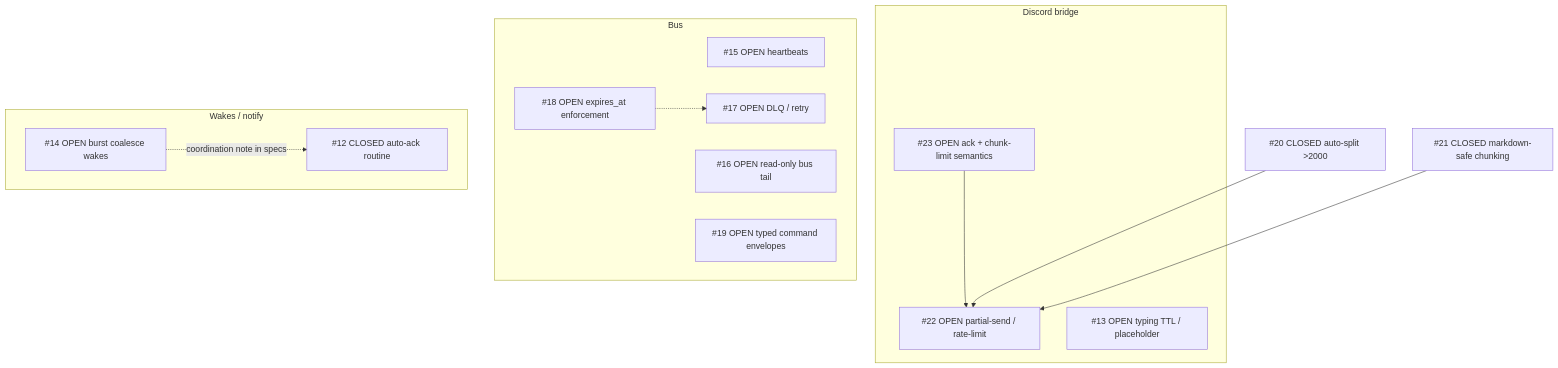
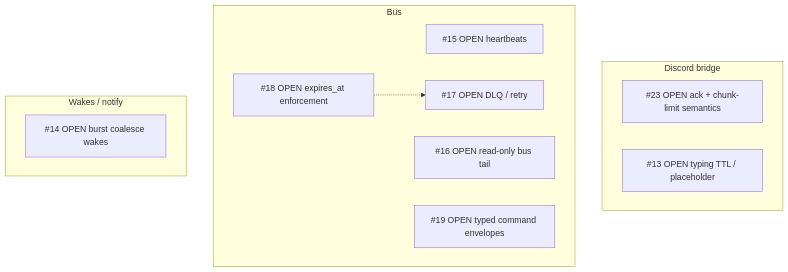
One commit to jeffrichley/agent_core changed the second of 2 diagrams in docs/requirements/pepper-cutover-agent-playbook.md. Above: the diagram before and after it, drawn with Mermaid. The commit also changed other lines of this file and 14 other files, not shown here.

First line of the commit message:
docs(cutover): strip multi-agent roster; rewrite playbook for solo flow

````diff
--- a/docs/requirements/pepper-cutover-agent-playbook.md
+++ b/docs/requirements/pepper-cutover-agent-playbook.md
@@ -209,26 +98,18 @@
 ```mermaid
 flowchart TB
   subgraph discord["Discord bridge"]
-    i22["#22 OPEN partial-send / rate-limit"]
     i23["#23 OPEN ack + chunk-limit semantics"]
     i13["#13 OPEN typing TTL / placeholder"]
   end
-  i23 --> i22
-  i20["#20 CLOSED auto-split >2000"]
-  i21["#21 CLOSED markdown-safe chunking"]
-  i20 --> i22
-  i21 --> i22
   subgraph bus["Bus"]
     i15["#15 OPEN heartbeats"]
     i16["#16 OPEN read-only bus tail"]
     i17["#17 OPEN DLQ / retry"]
     i18["#18 OPEN expires_at enforcement"]
     i19["#19 OPEN typed command envelopes"]
   end
-  i18 -.-> i17
   subgraph wakes["Wakes / notify"]
     i14["#14 OPEN burst coalesce wakes"]
-    i12["#12 CLOSED auto-ack routine"]
   end
-  i14 -.->|"coordination note in specs"| i12
+  i18 -.-> i17
 ```
````
